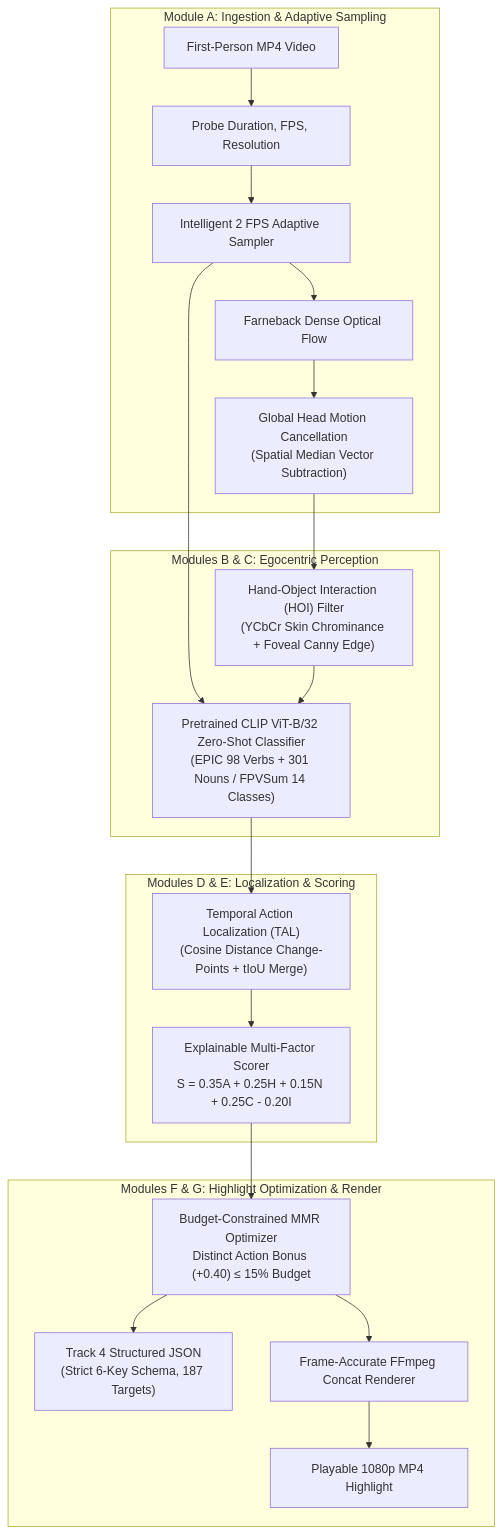
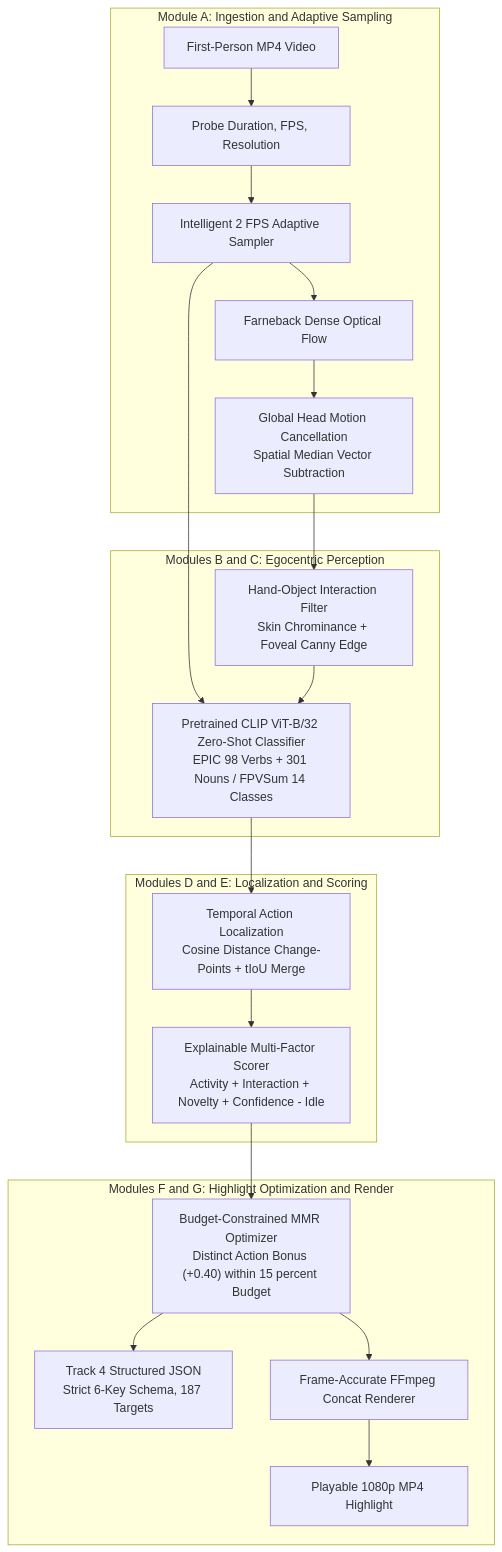
Before and after one commit to rishita2201/Samsung_XR_Hackathon: the diagram in README.md, drawn with Mermaid. The commit also changed other lines of this file and 1 other file, not shown here.

Commit message:
fix(docs): fix GitHub Mermaid diagram syntax and render math blocks using native GitHub math

````diff
--- a/README.md
+++ b/README.md
@@ -37,27 +37,27 @@
 ```mermaid
 flowchart TD
-    subgraph Ingestion["Module A: Ingestion & Adaptive Sampling"]
-        V[First-Person MP4 Video] --> MP[Probe Duration, FPS, Resolution]
-        MP --> AS[Intelligent 2 FPS Adaptive Sampler]
-        AS --> OF[Farneback Dense Optical Flow]
-        OF --> MC["Global Head Motion Cancellation<br/>(Spatial Median Vector Subtraction)"]
+    subgraph Ingestion["Module A: Ingestion and Adaptive Sampling"]
+        V["First-Person MP4 Video"] --> MP["Probe Duration, FPS, Resolution"]
+        MP --> AS["Intelligent 2 FPS Adaptive Sampler"]
+        AS --> OF["Farneback Dense Optical Flow"]
+        OF --> MC["Global Head Motion Cancellation<br/>Spatial Median Vector Subtraction"]
     end
 
-    subgraph Perception["Modules B & C: Egocentric Perception"]
-        MC --> HOI["Hand-Object Interaction (HOI) Filter<br/>(YCbCr Skin Chrominance + Foveal Canny Edge)"]
-        AS --> CLIP["Pretrained CLIP ViT-B/32 Zero-Shot Classifier<br/>(EPIC 98 Verbs + 301 Nouns / FPVSum 14 Classes)"]
+    subgraph Perception["Modules B and C: Egocentric Perception"]
+        MC --> HOI["Hand-Object Interaction Filter<br/>Skin Chrominance + Foveal Canny Edge"]
+        AS --> CLIP["Pretrained CLIP ViT-B/32 Zero-Shot Classifier<br/>EPIC 98 Verbs + 301 Nouns / FPVSum 14 Classes"]
         HOI --> CLIP
     end
 
-    subgraph Reasoning["Modules D & E: Localization & Scoring"]
-        CLIP --> TAL["Temporal Action Localization (TAL)<br/>(Cosine Distance Change-Points + tIoU Merge)"]
-        TAL --> SCORER["Explainable Multi-Factor Scorer<br/>S = 0.35A + 0.25H + 0.15N + 0.25C - 0.20I"]
+    subgraph Reasoning["Modules D and E: Localization and Scoring"]
+        CLIP --> TAL["Temporal Action Localization<br/>Cosine Distance Change-Points + tIoU Merge"]
+        TAL --> SCORER["Explainable Multi-Factor Scorer<br/>Activity + Interaction + Novelty + Confidence - Idle"]
     end
 
-    subgraph Synthesis["Modules F & G: Highlight Optimization & Render"]
-        SCORER --> MMR["Budget-Constrained MMR Optimizer<br/>Distinct Action Bonus (+0.40) &le; 15% Budget"]
-        MMR --> OUT_JSON["Track 4 Structured JSON<br/>(Strict 6-Key Schema, 187 Targets)"]
+    subgraph Synthesis["Modules F and G: Highlight Optimization and Render"]
+        SCORER --> MMR["Budget-Constrained MMR Optimizer<br/>Distinct Action Bonus (+0.40) within 15 percent Budget"]
+        MMR --> OUT_JSON["Track 4 Structured JSON<br/>Strict 6-Key Schema, 187 Targets"]
         MMR --> FFMPEG["Frame-Accurate FFmpeg Concat Renderer"]
         FFMPEG --> OUT_MP4["Playable 1080p MP4 Highlight"]
     end
 ```
````
